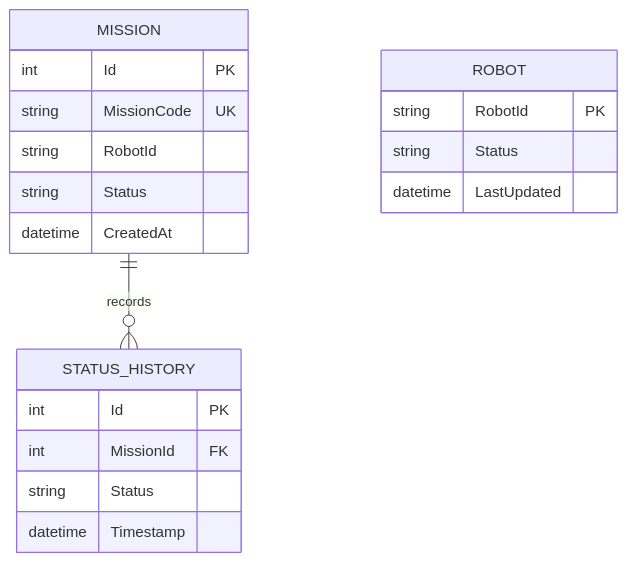
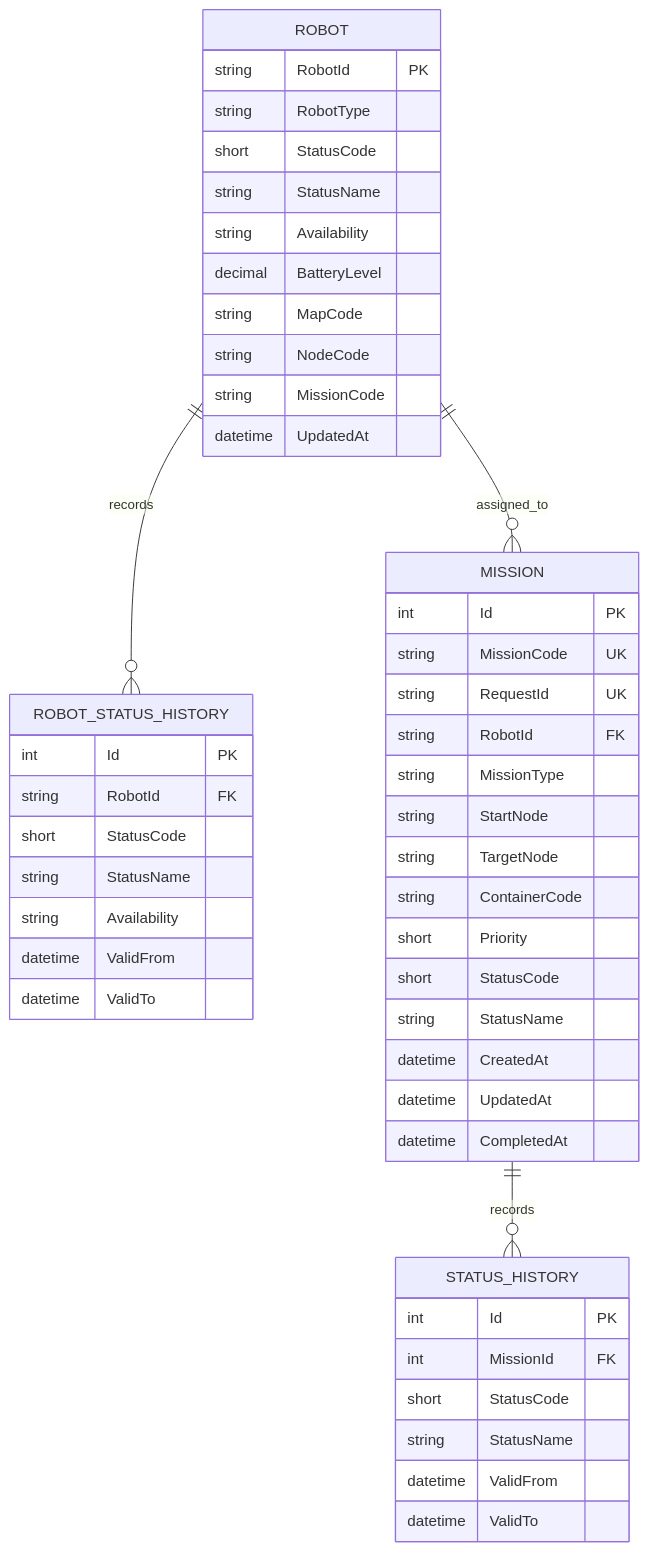
One commit to Alexmir888/ITS_2026 changed the third of 3 diagrams in docs/architecture.md. Above: the diagram before and after it, drawn with Mermaid. The commit also changed other lines of this file and 33 other files, not shown here.

````diff
--- a/docs/architecture.md
+++ b/docs/architecture.md
@@ -99,22 +76,51 @@
 ```mermaid
 erDiagram
+    ROBOT ||--o{ ROBOT_STATUS_HISTORY : records
+    ROBOT ||--o{ MISSION : assigned_to
     MISSION ||--o{ STATUS_HISTORY : records
+    ROBOT {
+        string RobotId PK
+        string RobotType
+        short StatusCode
+        string StatusName
+        string Availability
+        decimal BatteryLevel
+        string MapCode
+        string NodeCode
+        string MissionCode
+        datetime UpdatedAt
+    }
     MISSION {
         int Id PK
         string MissionCode UK
-        string RobotId
-        string Status
+        string RequestId UK
+        string RobotId FK
+        string MissionType
+        string StartNode
+        string TargetNode
+        string ContainerCode
+        short Priority
+        short StatusCode
+        string StatusName
         datetime CreatedAt
+        datetime UpdatedAt
+        datetime CompletedAt
     }
     STATUS_HISTORY {
         int Id PK
         int MissionId FK
-        string Status
-        datetime Timestamp
+        short StatusCode
+        string StatusName
+        datetime ValidFrom
+        datetime ValidTo
     }
-    ROBOT {
-        string RobotId PK
-        string Status
-        datetime LastUpdated
+    ROBOT_STATUS_HISTORY {
+        int Id PK
+        string RobotId FK
+        short StatusCode
+        string StatusName
+        string Availability
+        datetime ValidFrom
+        datetime ValidTo
     }
 ```
````
